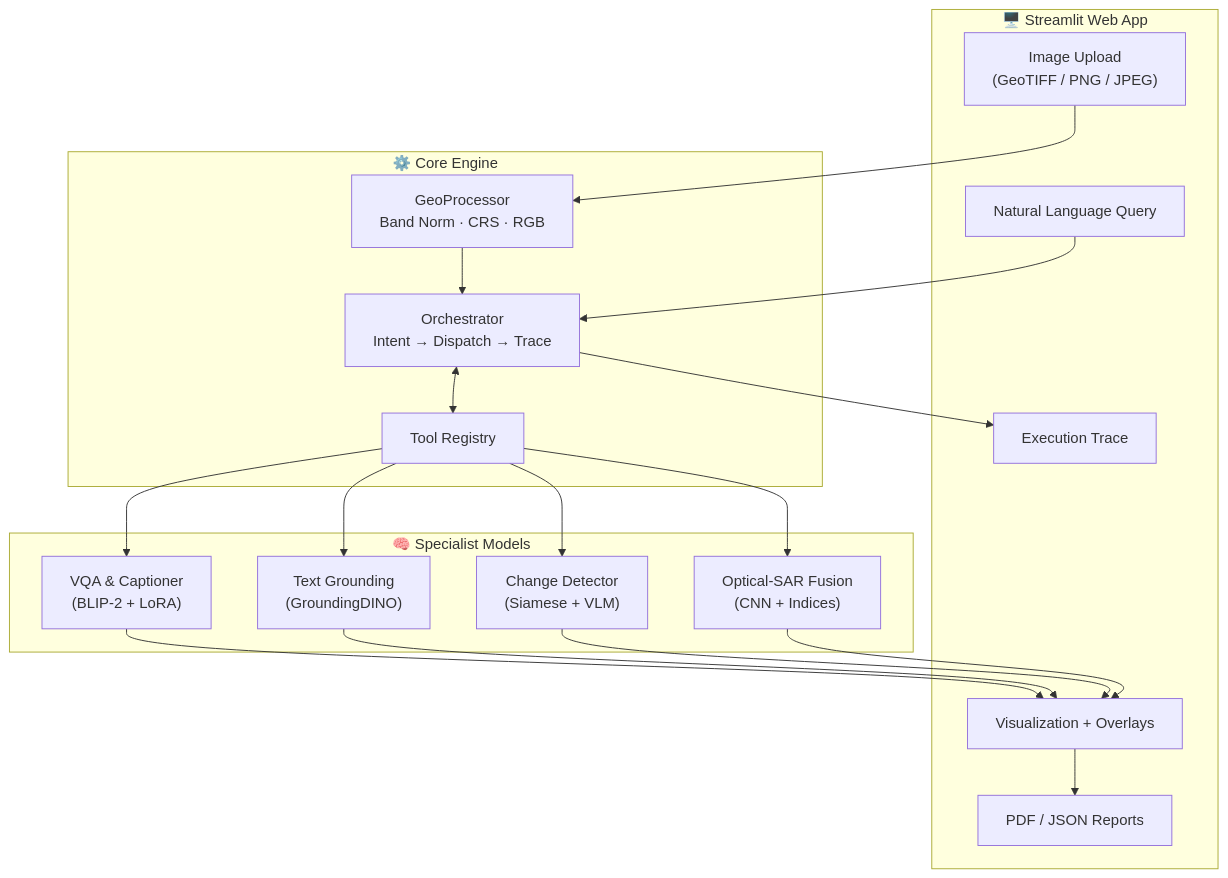
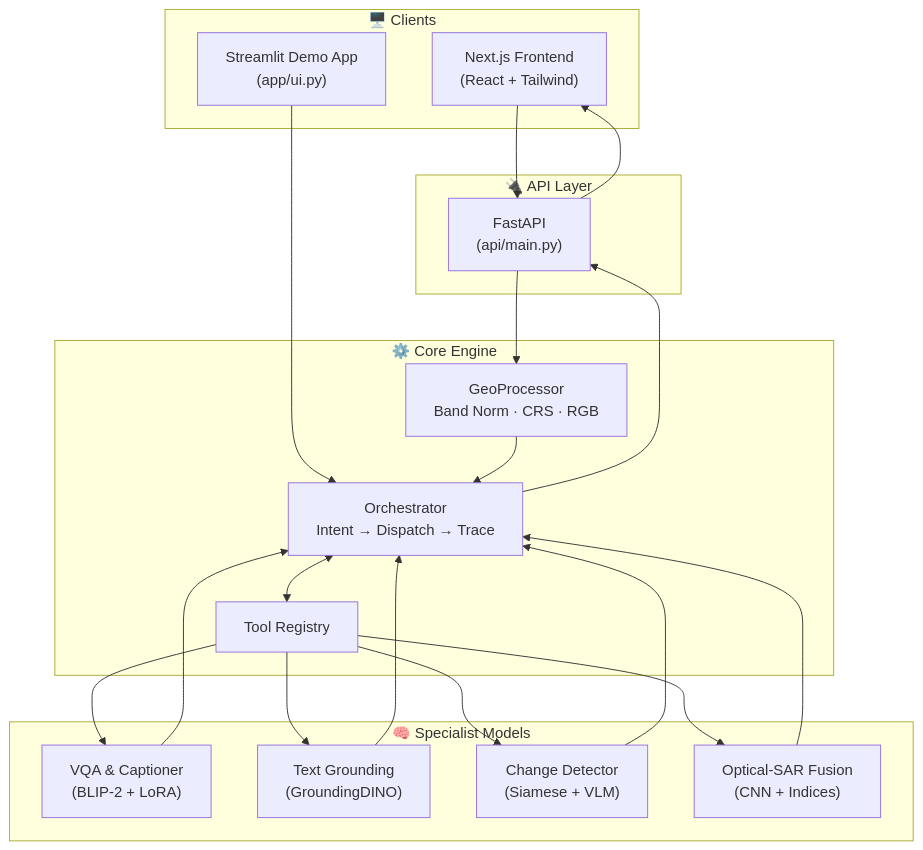
One commit to Divyansh9917/sat-query changed the diagram in README.md. Above: the diagram before and after it, drawn with Mermaid. The commit also changed other lines of this file, not shown here.

First line of the commit message:
Revise architecture and repository structure in README

````diff
--- a/README.md
+++ b/README.md
@@ -29,31 +29,33 @@
 ```mermaid
 flowchart TB
-    subgraph UI["🖥️ Streamlit Web App"]
-        Upload["Image Upload<br/>(GeoTIFF / PNG / JPEG)"]
-        Query["Natural Language Query"]
-        Viz["Visualization + Overlays"]
-        Trace["Execution Trace"]
-        Export["PDF / JSON Reports"]
+    subgraph UI["🖥️ Clients"]
+        Web["Next.js Frontend<br/>(React + Tailwind)"]
+        Demo["Streamlit Demo App<br/>(app/ui.py)"]
+    end
+
+    subgraph API["🔌 API Layer"]
+        FastAPI["FastAPI<br/>(api/main.py)"]
     end
 
     subgraph Core["⚙️ Core Engine"]
         Geo["GeoProcessor<br/>Band Norm · CRS · RGB"]
         Orch["Orchestrator<br/>Intent → Dispatch → Trace"]
         Reg["Tool Registry"]
     end
 
     subgraph Models["🧠 Specialist Models"]
         VQA["VQA & Captioner<br/>(BLIP-2 + LoRA)"]
         Gnd["Text Grounding<br/>(GroundingDINO)"]
         Chg["Change Detector<br/>(Siamese + VLM)"]
         Fus["Optical-SAR Fusion<br/>(CNN + Indices)"]
     end
 
-    Upload --> Geo --> Orch
-    Query --> Orch
+    Web --> FastAPI
+    Demo --> Orch
+    FastAPI --> Geo --> Orch
     Orch <--> Reg
     Reg --> VQA & Gnd & Chg & Fus
-    VQA & Gnd & Chg & Fus --> Viz
-    Orch --> Trace
-    Viz --> Export
+    VQA & Gnd & Chg & Fus --> Orch
+    Orch --> FastAPI
+    FastAPI --> Web
 ```
````
